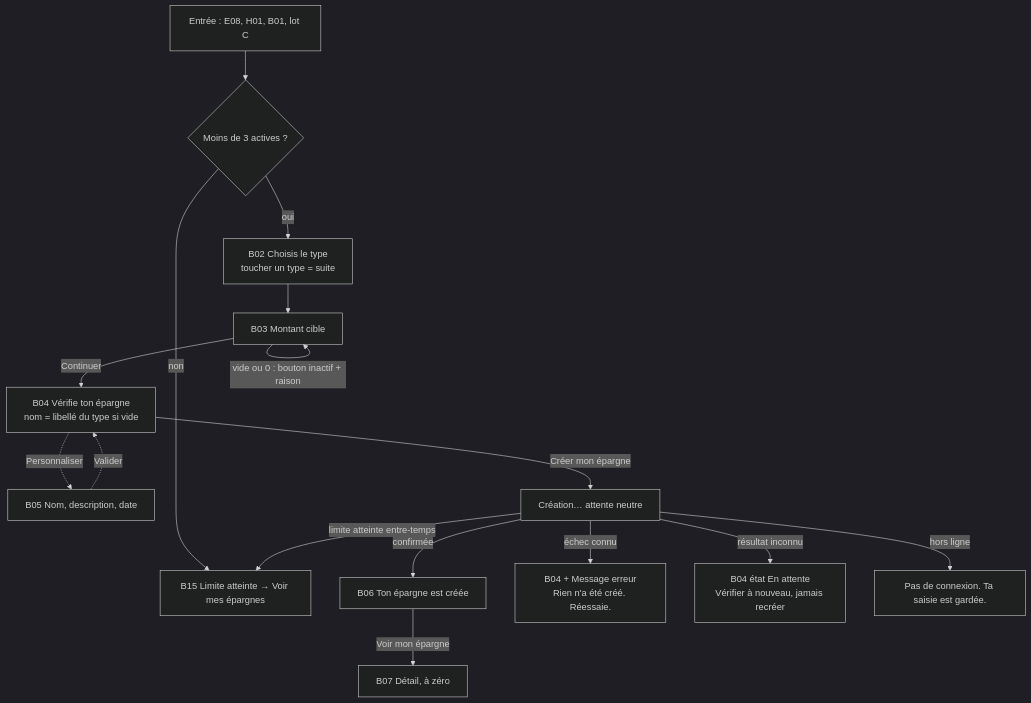
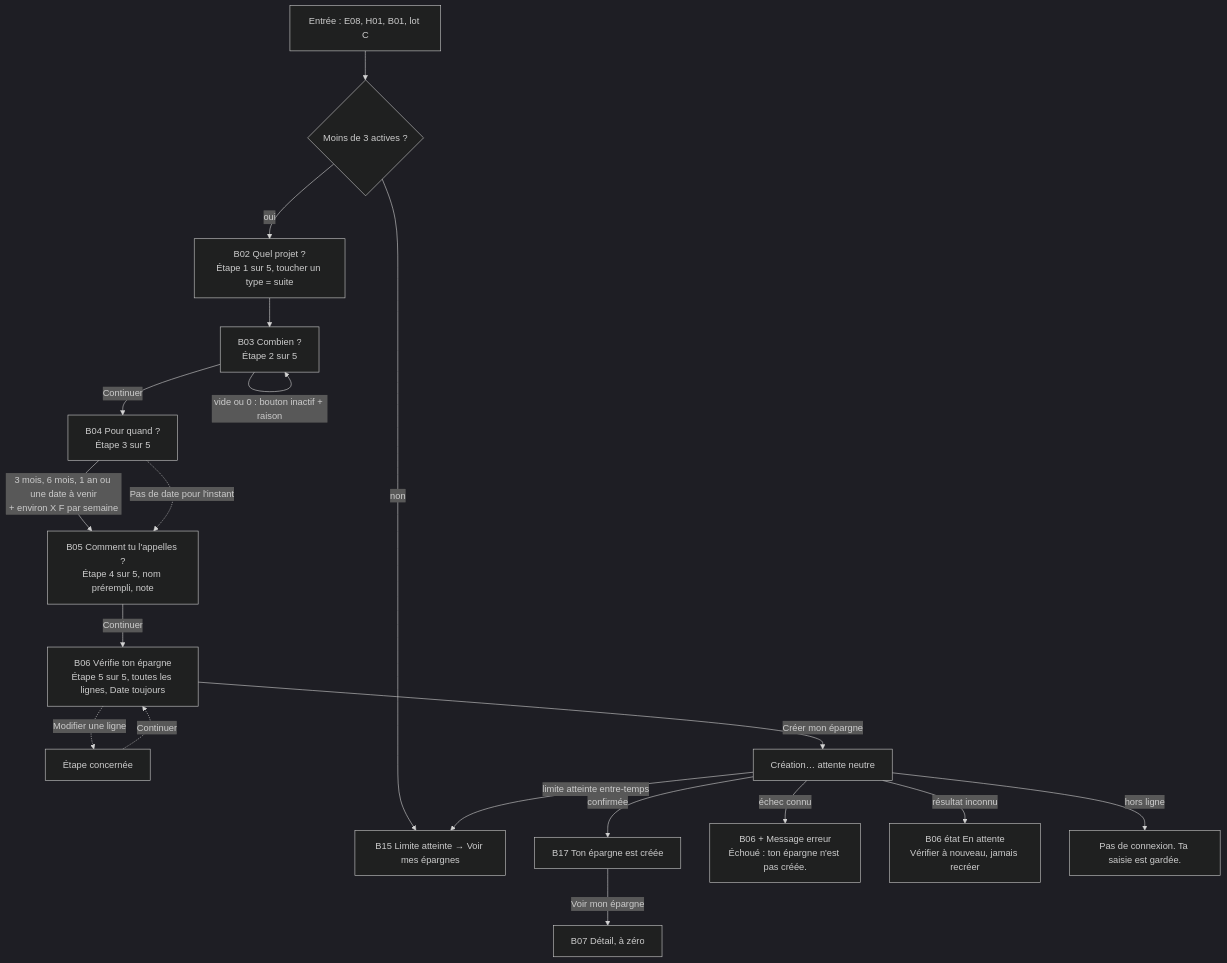
The second of 9 diagrams in docs/design/refonte-parcours/ux-spec-lot-b.md (kotiz-ci/platform), drawn with Mermaid (dark theme) before and after one commit. The commit also changed other lines of this file and 7 other files, not shown here.

````diff
--- a/docs/design/refonte-parcours/ux-spec-lot-b.md
+++ b/docs/design/refonte-parcours/ux-spec-lot-b.md
@@ -55,16 +54,19 @@
 ```mermaid
 flowchart TD
   IN[Entrée : E08, H01, B01, lot C] --> L{Moins de 3 actives ?}
   L -->|non| B15[B15 Limite atteinte → Voir mes épargnes]
-  L -->|oui| B02[B02 Choisis le type<br/>toucher un type = suite]
-  B02 --> B03[B03 Montant cible]
+  L -->|oui| B02[B02 Quel projet ?<br/>Étape 1 sur 5, toucher un type = suite]
+  B02 --> B03[B03 Combien ?<br/>Étape 2 sur 5]
   B03 -->|vide ou 0 : bouton inactif + raison| B03
-  B03 -->|Continuer| B04[B04 Vérifie ton épargne<br/>nom = libellé du type si vide]
-  B04 -.->|Personnaliser| B05[B05 Nom, description, date] -.->|Valider| B04
-  B04 -->|Créer mon épargne| W[Création… attente neutre]
-  W -->|confirmée| B06[B06 Ton épargne est créée] -->|Voir mon épargne| B07[B07 Détail, à zéro]
-  W -->|échec connu| ER[B04 + Message erreur<br/>Rien n'a été créé. Réessaie.]
-  W -->|résultat inconnu| PE[B04 état En attente<br/>Vérifier à nouveau, jamais recréer]
+  B03 -->|Continuer| B04[B04 Pour quand ?<br/>Étape 3 sur 5]
+  B04 -->|3 mois, 6 mois, 1 an ou une date à venir<br/>+ environ X F par semaine| B05
+  B04 -.->|Pas de date pour l'instant| B05[B05 Comment tu l'appelles ?<br/>Étape 4 sur 5, nom prérempli, note]
+  B05 -->|Continuer| B06[B06 Vérifie ton épargne<br/>Étape 5 sur 5, toutes les lignes, Date toujours]
+  B06 -.->|Modifier une ligne| ST[Étape concernée] -.->|Continuer| B06
+  B06 -->|Créer mon épargne| W[Création… attente neutre]
+  W -->|confirmée| B17[B17 Ton épargne est créée] -->|Voir mon épargne| B07[B07 Détail, à zéro]
+  W -->|échec connu| ER[B06 + Message erreur<br/>Échoué : ton épargne n'est pas créée.]
+  W -->|résultat inconnu| PE[B06 état En attente<br/>Vérifier à nouveau, jamais recréer]
   W -->|limite atteinte entre-temps| B15
   W -->|hors ligne| OFF[Pas de connexion. Ta saisie est gardée.]
 ```
````
